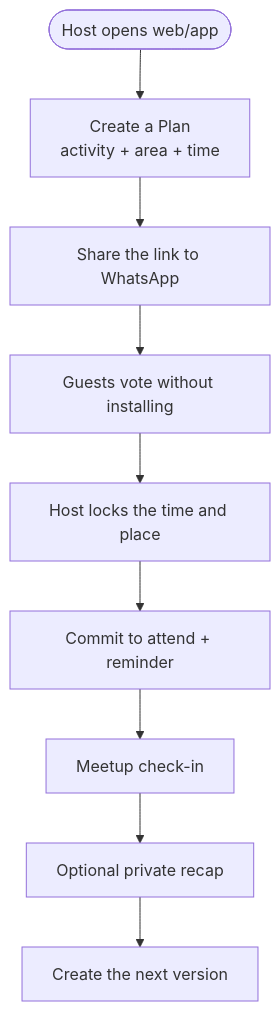
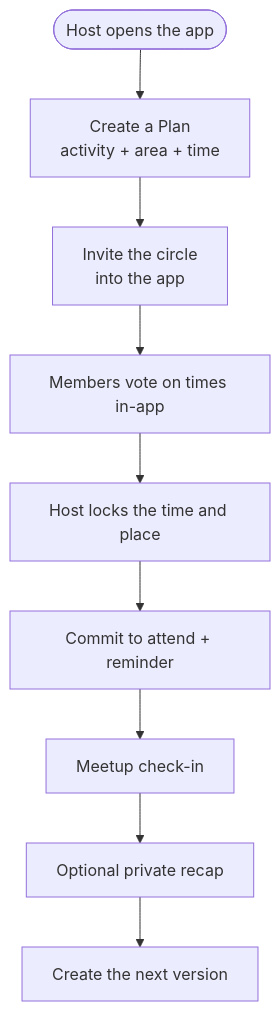
One commit to itsmhp/SocialMedia changed the diagram in concept/01-mvp-features.md. Above: the diagram before and after it, drawn with Mermaid. The commit also changed other lines of this file and 11 other files, not shown here.

Commit message:
product: make Unggun fully self-contained (in-app invites/voting/coordination, no WhatsApp sharing)

````diff
--- a/concept/01-mvp-features.md
+++ b/concept/01-mvp-features.md
@@ -40,11 +40,11 @@
 ```mermaid
 flowchart TD
-    Start([Host opens web/app]) --> Plan[Create a Plan<br/>activity + area + time]
-    Plan --> Share[Share the link to WhatsApp]
-    Share --> Vote[Guests vote without installing]
+    Start([Host opens the app]) --> Plan[Create a Plan<br/>activity + area + time]
+    Plan --> Invite[Invite the circle<br/>into the app]
+    Invite --> Vote[Members vote on times in-app]
     Vote --> Lock[Host locks the time and place]
     Lock --> RSVP[Commit to attend + reminder]
     RSVP --> Checkin[Meetup check-in]
     Checkin --> Recap[Optional private recap]
     Recap --> Repeat[Create the next version]
 ```
````
